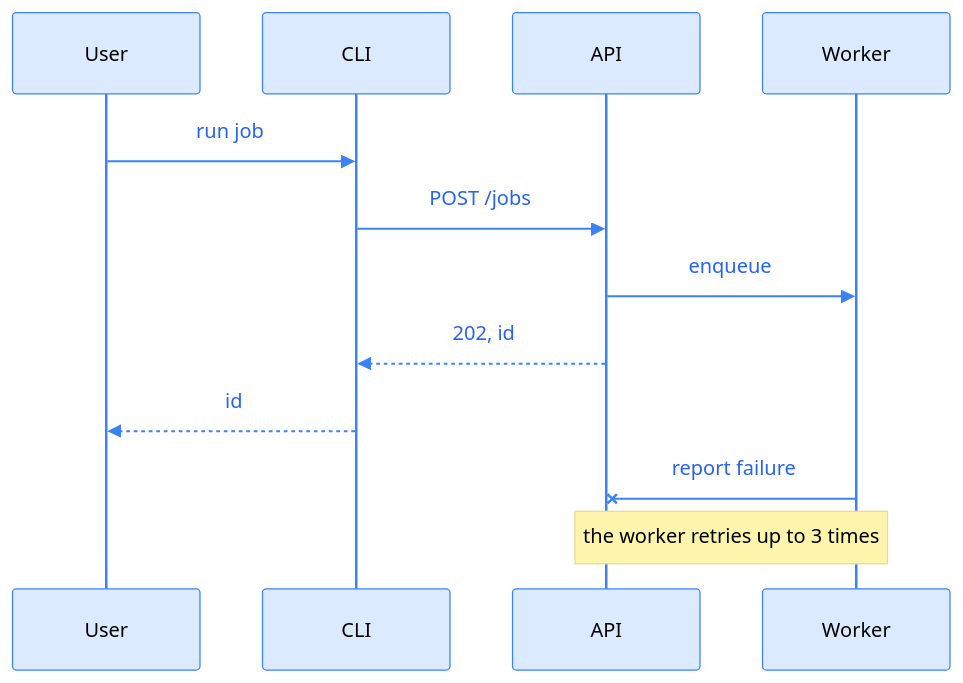
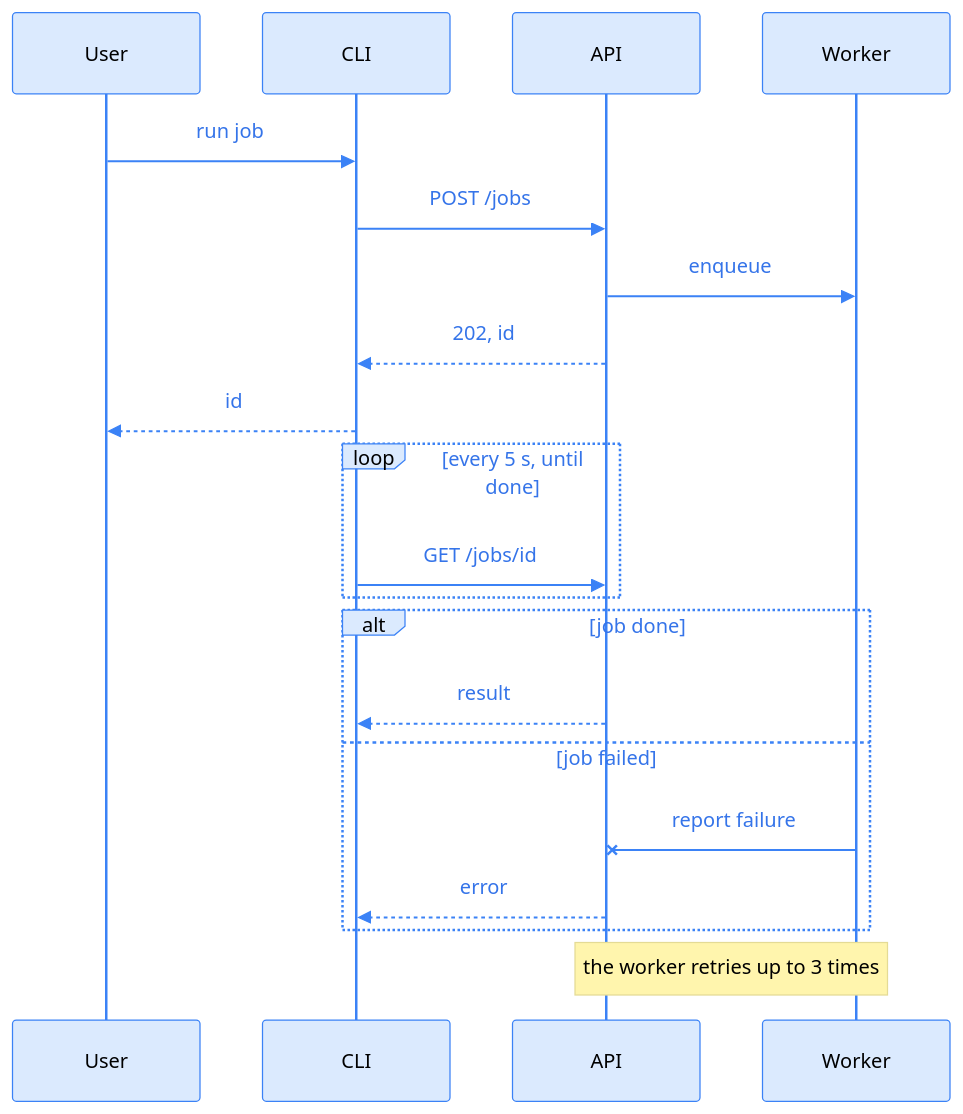
The second of 5 diagrams in docs/diagramize/preview.md (karczews/skills), drawn with Mermaid before and after one commit. The commit also changed other lines of this file and 14 other files, not shown here.

````diff
--- a/docs/diagramize/preview.md
+++ b/docs/diagramize/preview.md
@@ -40,32 +41,41 @@
 ```mermaid
 ---
 config:
   theme: "base"
   look: "classic"
   themeVariables:
     darkMode: false
     primaryColor: "#dbeafe"
     primaryBorderColor: "#3b82f6"
     primaryTextColor: "#000000"
     textColor: "#000000"
     lineColor: "#3b82f6"
     edgeLabelBackground: "#dbeafe"
     actorTextColor: "#000000"
     noteTextColor: "#000000"
     signalColor: "#3b82f6"
-    signalTextColor: "#2563eb"
+    signalTextColor: "#3574e9"
+    loopTextColor: "#3574e9"
   themeCSS: ".labelBkg { background-color: #dbeafe; }"
 ---
 sequenceDiagram
     participant U as User
     participant C as CLI
     participant A as API
     participant W as Worker
     U->>C: run job
     C->>A: POST /jobs
     A->>W: enqueue
     A-->>C: 202, id
     C-->>U: id
-    W-xA: report failure
+    loop every 5 s, until done
+        C->>A: GET /jobs/id
+    end
+    alt job done
+        A-->>C: result
+    else job failed
+        W-xA: report failure
+        A-->>C: error
+    end
     Note over A,W: the worker retries up to 3 times
 ```
````
